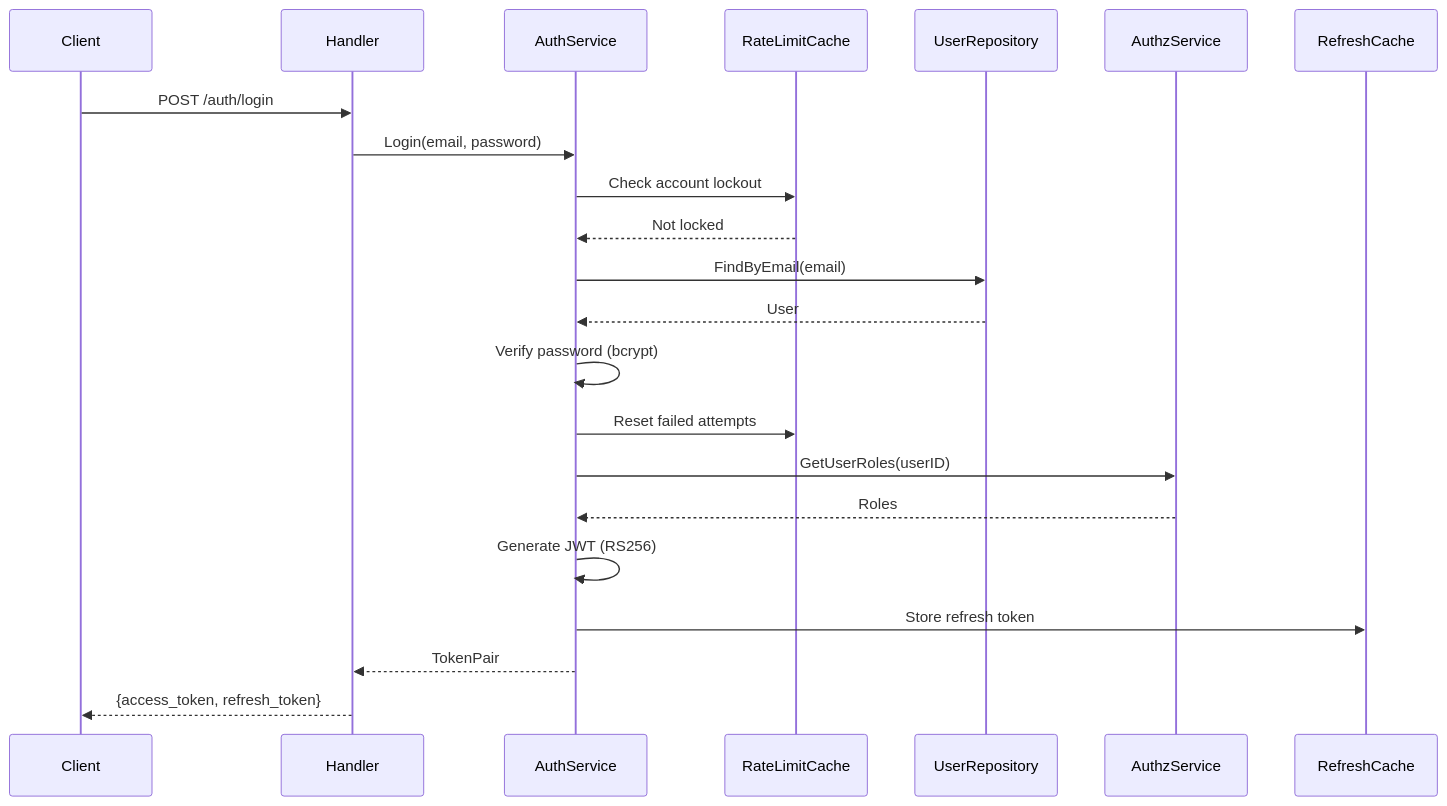
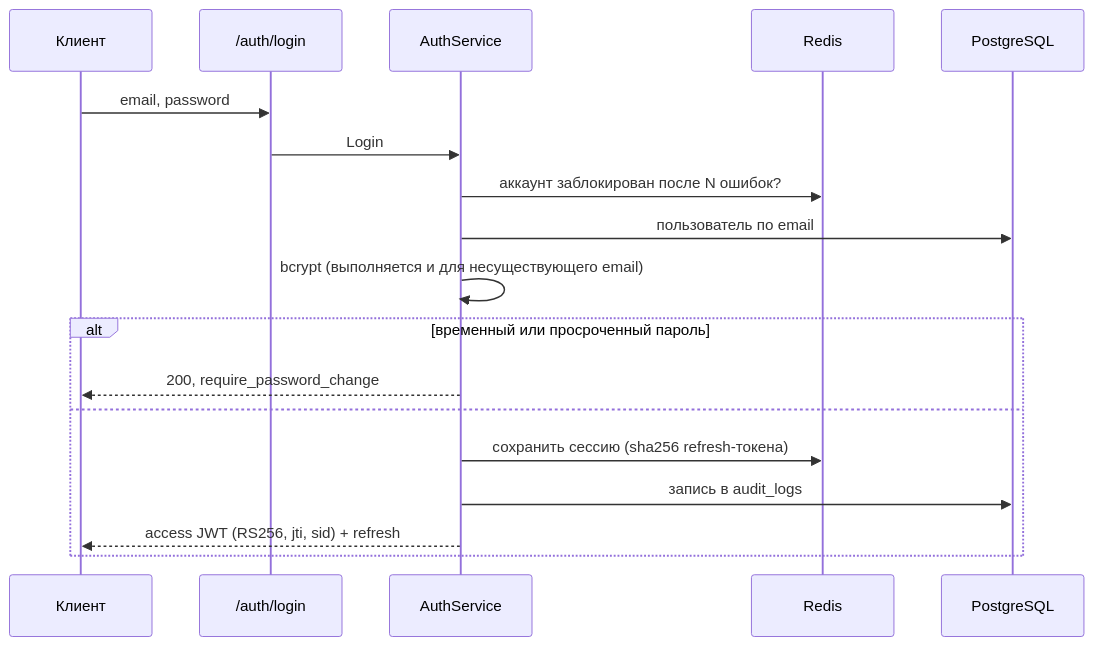
Before and after one commit to andrewhigh08/iam-service: the second of 2 diagrams in README.md, drawn with Mermaid. The commit also changed other lines of this file and 9 other files, not shown here.

````diff
--- a/README.md
+++ b/README.md
@@ -143,25 +113,21 @@
 ```mermaid
 sequenceDiagram
-    participant C as Client
-    participant H as Handler
-    participant AS as AuthService
-    participant RL as RateLimitCache
-    participant UR as UserRepository
-    participant AZ as AuthzService
-    participant RC as RefreshCache
+    participant C as Клиент
+    participant H as /auth/login
+    participant A as AuthService
+    participant R as Redis
+    participant P as PostgreSQL
 
-    C->>H: POST /auth/login
-    H->>AS: Login(email, password)
-    AS->>RL: Check account lockout
-    RL-->>AS: Not locked
-    AS->>UR: FindByEmail(email)
-    UR-->>AS: User
-    AS->>AS: Verify password (bcrypt)
-    AS->>RL: Reset failed attempts
-    AS->>AZ: GetUserRoles(userID)
-    AZ-->>AS: Roles
-    AS->>AS: Generate JWT (RS256)
-    AS->>RC: Store refresh token
-    AS-->>H: TokenPair
-    H-->>C: {access_token, refresh_token}
+    C->>H: email, password
+    H->>A: Login
+    A->>R: аккаунт заблокирован после N ошибок?
+    A->>P: пользователь по email
+    A->>A: bcrypt (выполняется и для несуществующего email)
+    alt временный или просроченный пароль
+        A-->>C: 200, require_password_change
+    else
+        A->>R: сохранить сессию (sha256 refresh-токена)
+        A->>P: запись в audit_logs
+        A-->>C: access JWT (RS256, jti, sid) + refresh
+    end
 ```
````
